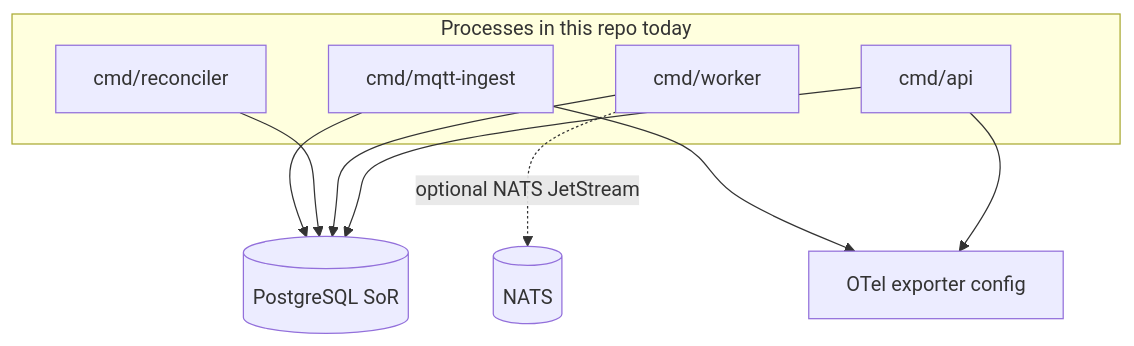
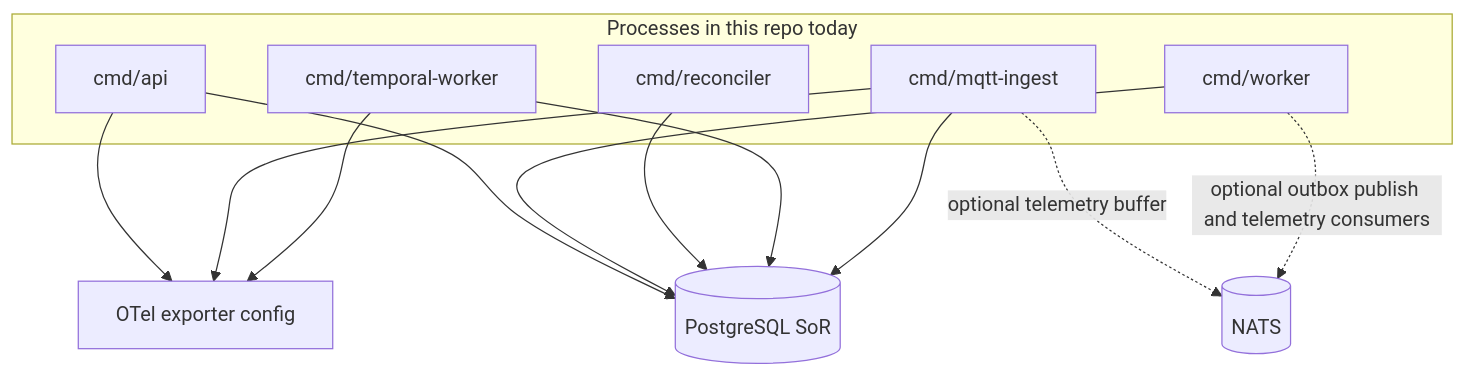
The first of 3 diagrams in docs/architecture/target-architecture.md (leduytuanvu/avf-vending-api), drawn with Mermaid before and after one commit. The commit also changed other lines of this file and 169 other files, not shown here.

````diff
--- a/docs/architecture/target-architecture.md
+++ b/docs/architecture/target-architecture.md
@@ -46,17 +49,21 @@
 ```mermaid
 flowchart TB
   subgraph run[Processes in this repo today]
     api[cmd/api]
     w[cmd/worker]
     rec[cmd/reconciler]
+    tw[cmd/temporal-worker]
     mi[cmd/mqtt-ingest]
   end
   pg[(PostgreSQL SoR)]
   api --> pg
   w --> pg
   rec --> pg
+  tw --> pg
   mi --> pg
-  w -. optional NATS JetStream .-> js[(NATS)]
+  mi -. optional telemetry buffer .-> js[(NATS)]
+  w -. optional outbox publish and telemetry consumers .-> js[(NATS)]
   api --> otel[OTel exporter config]
   mi --> otel
+  tw --> otel
 ```
````
